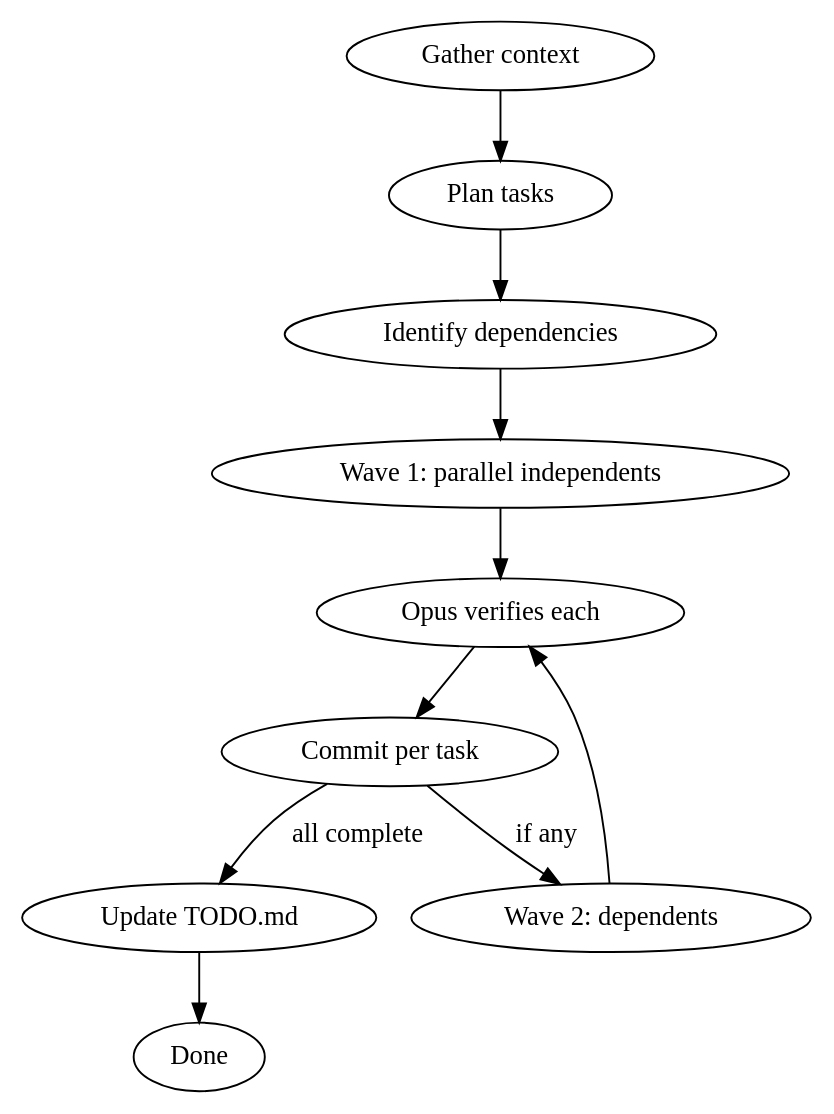
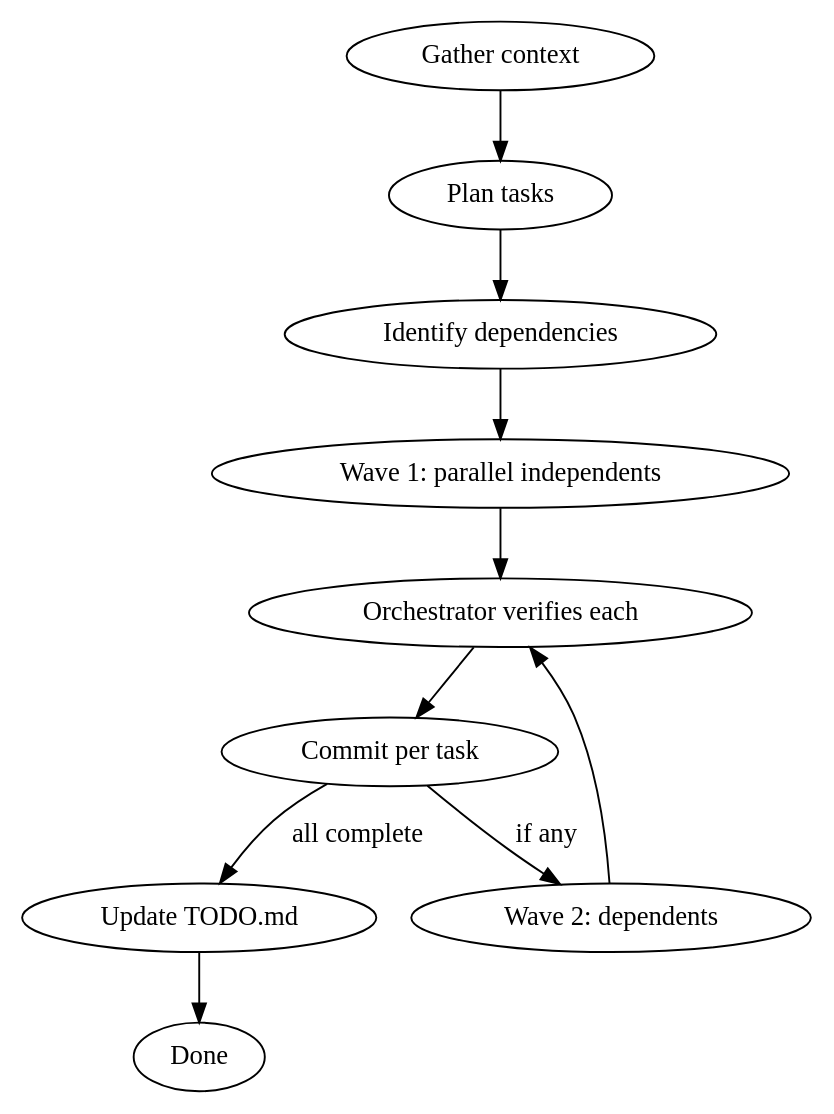
The diagram in hv:work/SKILL.md (l4ci/hv-skills), drawn with Graphviz before and after one commit. The commit also changed other lines of this file and 2 other files, not shown here.

````diff
--- a/hv:work/SKILL.md
+++ b/hv:work/SKILL.md
@@ -19,14 +37,14 @@
 ```dot
 digraph work_flow {
   rankdir=TB;
   "Gather context" -> "Plan tasks";
   "Plan tasks" -> "Identify dependencies";
   "Identify dependencies" -> "Wave 1: parallel independents";
-  "Wave 1: parallel independents" -> "Opus verifies each";
-  "Opus verifies each" -> "Commit per task";
+  "Wave 1: parallel independents" -> "Orchestrator verifies each";
+  "Orchestrator verifies each" -> "Commit per task";
   "Commit per task" -> "Wave 2: dependents" [label="if any"];
-  "Wave 2: dependents" -> "Opus verifies each";
+  "Wave 2: dependents" -> "Orchestrator verifies each";
   "Commit per task" -> "Update TODO.md" [label="all complete"];
   "Update TODO.md" -> "Done";
 }
 ```
````
